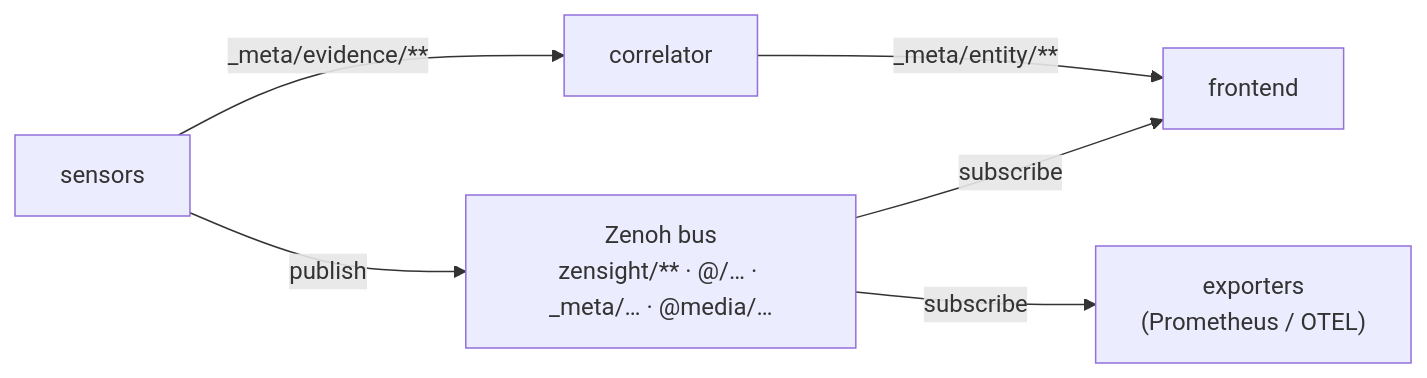
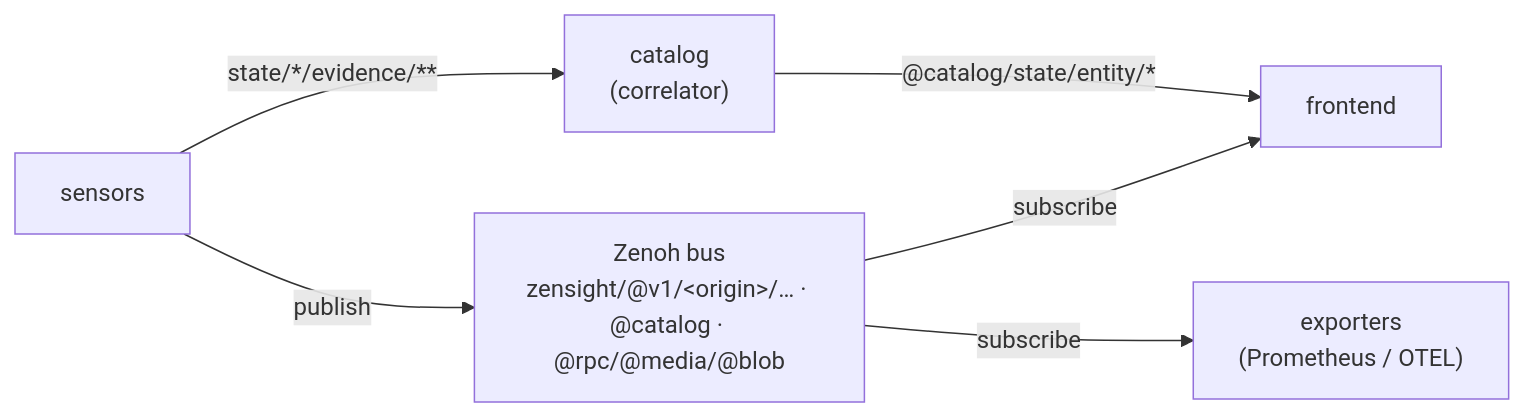
Before and after one commit to p13marc/zensight: the diagram in CLAUDE.md, drawn with Mermaid. The commit also changed other lines of this file and 50 other files, not shown here.

````diff
--- a/CLAUDE.md
+++ b/CLAUDE.md
@@ -75,8 +76,8 @@
 ```mermaid
 flowchart LR
-    S["sensors"] -- publish --> BUS["Zenoh bus<br/>zensight/** · @/… · _meta/… · @media/…"]
+    S["sensors"] -- publish --> BUS["Zenoh bus<br/>zensight/@v1/&lt;origin&gt;/… · @catalog · @rpc/@media/@blob"]
     BUS -- subscribe --> FE["frontend"]
     BUS -- subscribe --> EX["exporters<br/>(Prometheus / OTEL)"]
-    S -- "_meta/evidence/**" --> COR["correlator"]
-    COR -- "_meta/entity/**" --> FE
+    S -- "state/*/evidence/**" --> COR["catalog<br/>(correlator)"]
+    COR -- "@catalog/state/entity/*" --> FE
 ```
````
